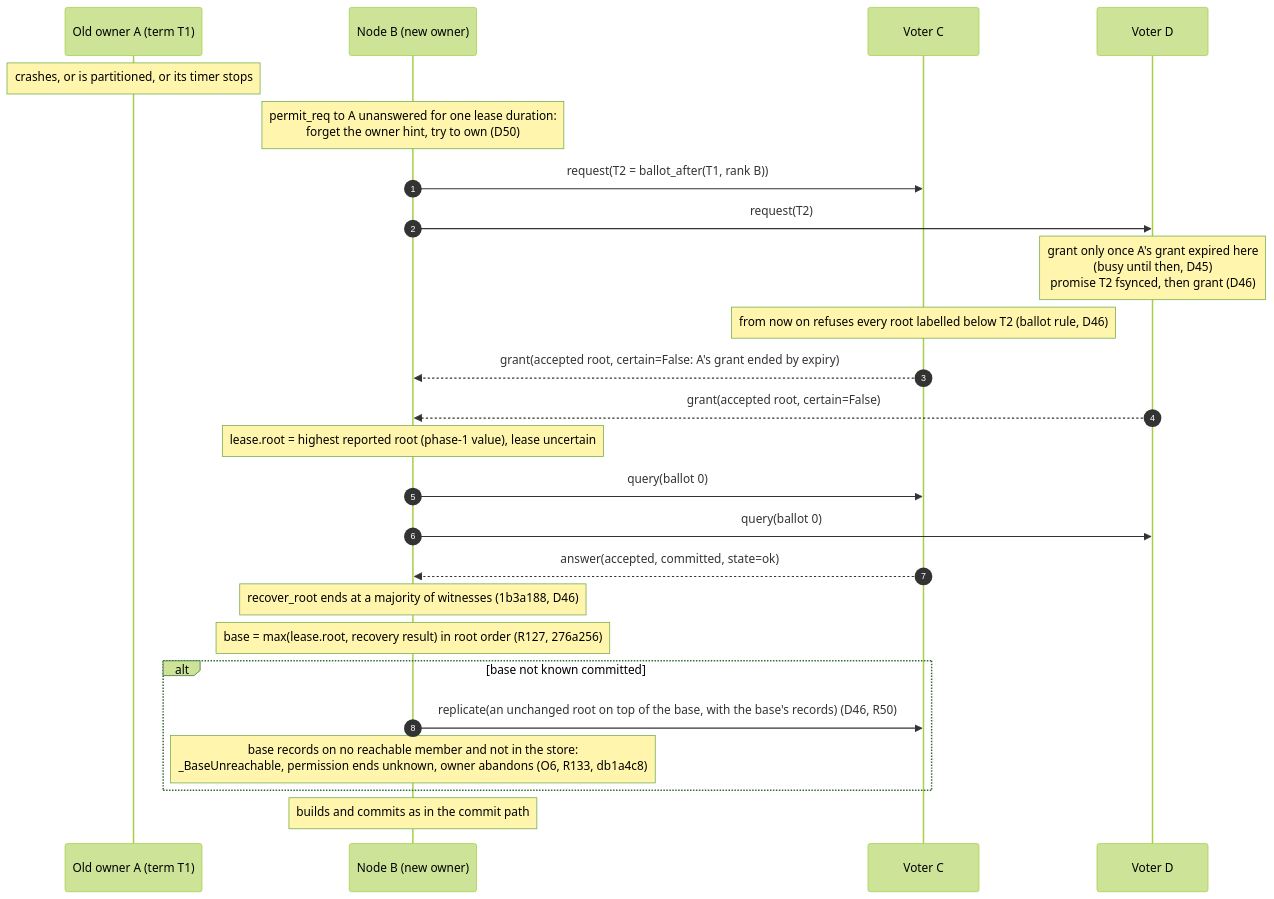
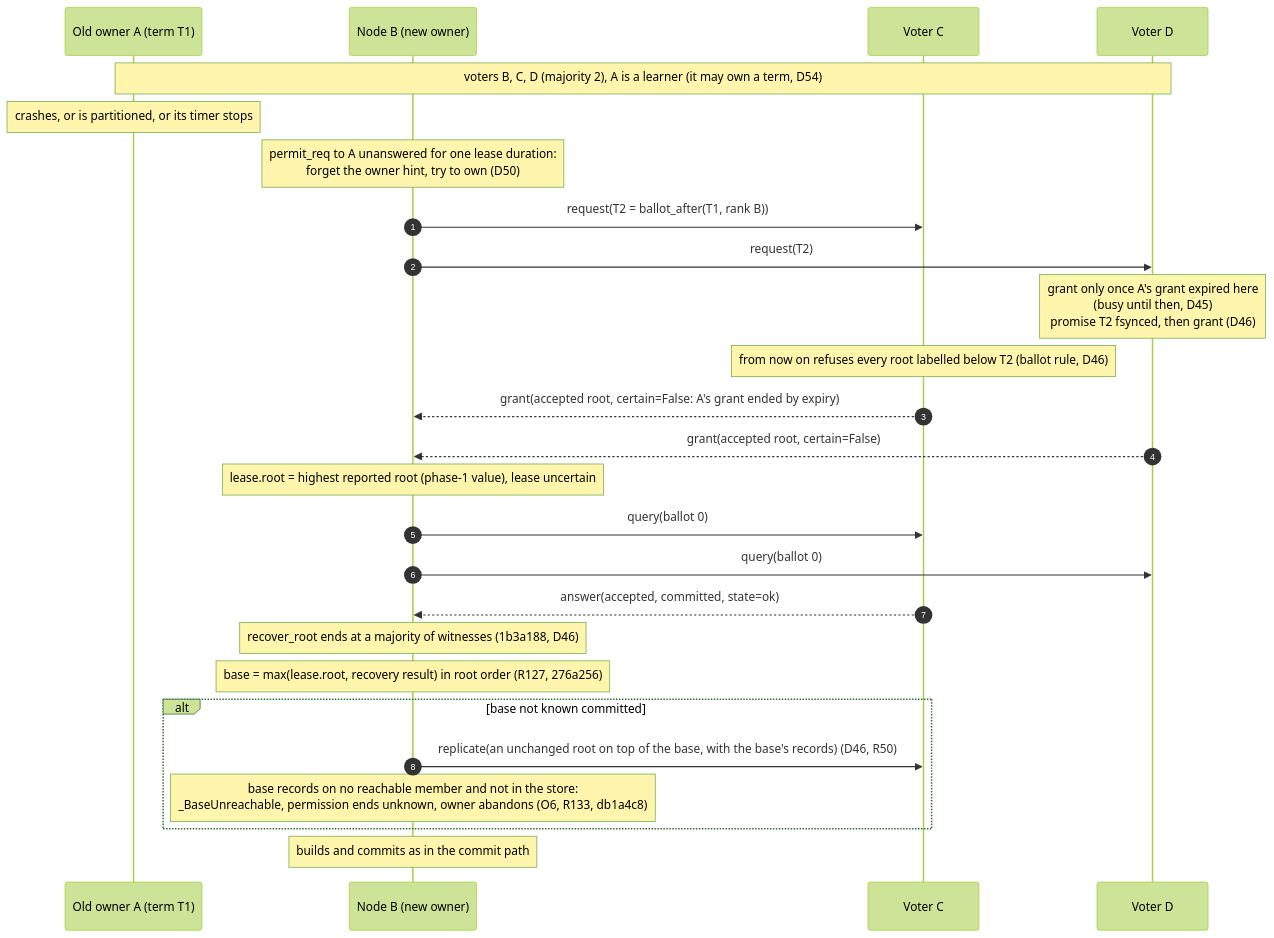
One commit to gamarino/ProtoDB changed the diagram in docs/source/coordinator-protocol/seq-recovery.mmd. Above: the diagram before and after it, drawn with Mermaid (forest theme). The commit also changed 12 other files, not shown here.

```diff
--- a/docs/source/coordinator-protocol/seq-recovery.mmd
+++ b/docs/source/coordinator-protocol/seq-recovery.mmd
@@ -1,26 +1,27 @@
 %% Failover and recovery: the owner dies, a new owner runs phase 1, recovery is floored at the phase-1 root.
 sequenceDiagram
     autonumber
     participant A as Old owner A (term T1)
     participant B as Node B (new owner)
     participant C as Voter C
     participant D as Voter D
+    Note over A,D: voters B, C, D (majority 2), A is a learner (it may own a term, D54)
     Note over A: crashes, or is partitioned, or its timer stops
     Note over B: permit_req to A unanswered for one lease duration:<br/>forget the owner hint, try to own (D50)
     B->>C: request(T2 = ballot_after(T1, rank B))
     B->>D: request(T2)
     Note over D: grant only once A's grant expired here<br/>(busy until then, D45)<br/>promise T2 fsynced, then grant (D46)
     Note over C: from now on refuses every root labelled below T2 (ballot rule, D46)
     C-->>B: grant(accepted root, certain=False: A's grant ended by expiry)
     D-->>B: grant(accepted root, certain=False)
     Note over B: lease.root = highest reported root (phase-1 value), lease uncertain
     B->>C: query(ballot 0)
     B->>D: query(ballot 0)
     C-->>B: answer(accepted, committed, state=ok)
     Note over B: recover_root ends at a majority of witnesses (1b3a188, D46)
     Note over B: base = max(lease.root, recovery result) in root order (R127, 276a256)
     alt base not known committed
         B->>C: replicate(an unchanged root on top of the base, with the base's records) (D46, R50)
         Note over B: base records on no reachable member and not in the store:<br/>_BaseUnreachable, permission ends unknown, owner abandons (O6, R133, db1a4c8)
     end
     Note over B: builds and commits as in the commit path
```
